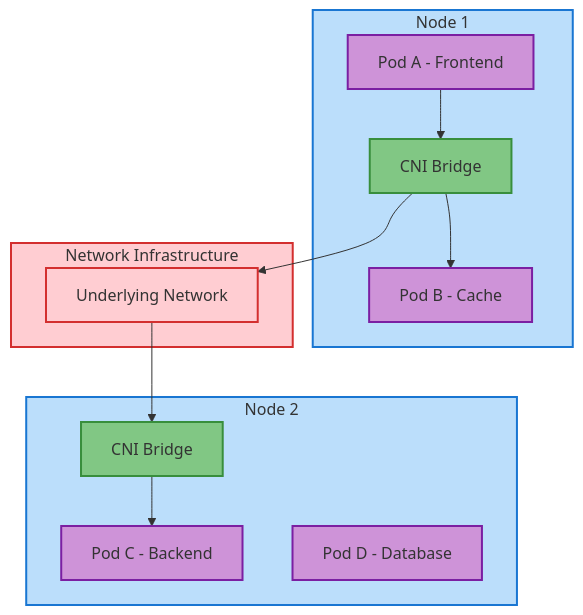
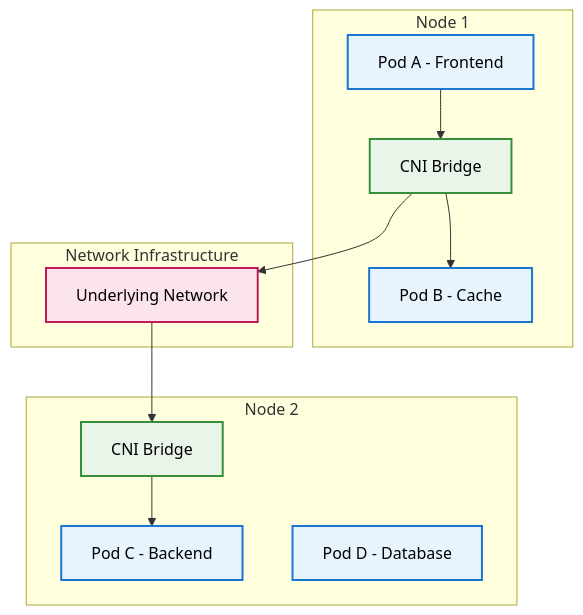
The first of 5 diagrams in 1.3_network_and_communication/kubernetes_networking.md (razkevich/system_design_course), drawn with Mermaid before and after one commit. The commit also changed other lines of this file and 1 other file, not shown here.

````diff
--- a/1.3_network_and_communication/kubernetes_networking.md
+++ b/1.3_network_and_communication/kubernetes_networking.md
@@ -78,38 +78,35 @@
 ```mermaid
 flowchart TB
     subgraph N1 ["Node 1"]
         CNI1["CNI Bridge"]
         PA["Pod A - Frontend"]
         PB["Pod B - Cache"]
     end
     
     subgraph N2 ["Node 2"]
         CNI2["CNI Bridge"]
         PC["Pod C - Backend"]
         PD["Pod D - Database"]
     end
     
     subgraph NET ["Network Infrastructure"]
         INFRA["Underlying Network"]
     end
     
     %% Same-node communication (direct)
     PA --> CNI1
     CNI1 --> PB
     
     %% Cross-node communication (direct)
     CNI1 --> INFRA
     INFRA --> CNI2
     CNI2 --> PC
     
-    %% Styling
-    classDef nodeStyle fill:#bbdefb,stroke:#1976d2,stroke-width:2px
-    classDef cniStyle fill:#81c784,stroke:#388e3c,stroke-width:2px
-    classDef podStyle fill:#ce93d8,stroke:#7b1fa2,stroke-width:2px
-    classDef netStyle fill:#ffcdd2,stroke:#d32f2f,stroke-width:2px
-    
-    class N1,N2 nodeStyle
-    class CNI1,CNI2 cniStyle
-    class PA,PB,PC,PD podStyle
-    class NET,INFRA netStyle
+    style CNI1 fill:#e8f5e8,stroke:#388e3c,stroke-width:2px,color:#000
+    style CNI2 fill:#e8f5e8,stroke:#388e3c,stroke-width:2px,color:#000
+    style PA fill:#e8f4fd,stroke:#1976d2,stroke-width:2px,color:#000
+    style PB fill:#e8f4fd,stroke:#1976d2,stroke-width:2px,color:#000
+    style PC fill:#e8f4fd,stroke:#1976d2,stroke-width:2px,color:#000
+    style PD fill:#e8f4fd,stroke:#1976d2,stroke-width:2px,color:#000
+    style INFRA fill:#fce4ec,stroke:#c2185b,stroke-width:2px,color:#000
 ```
````
